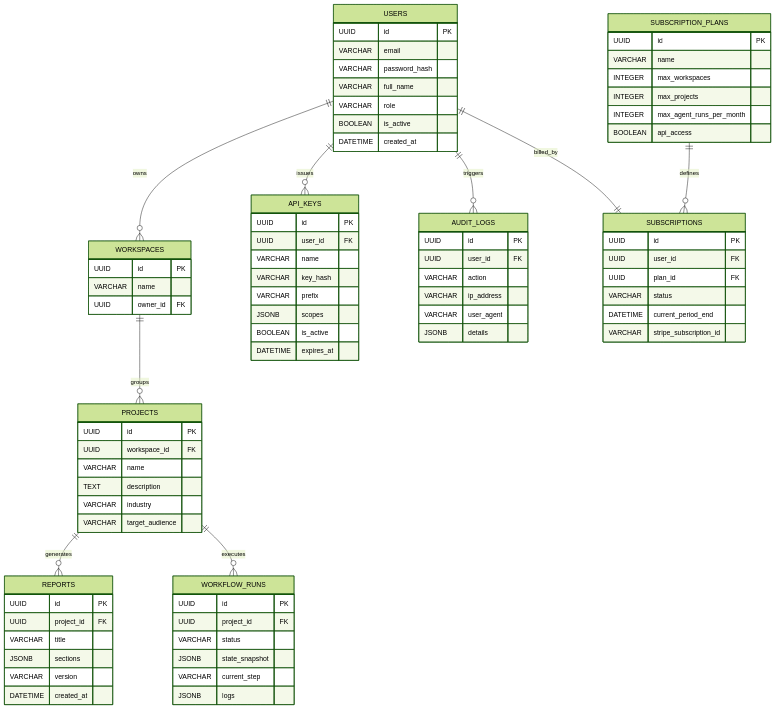
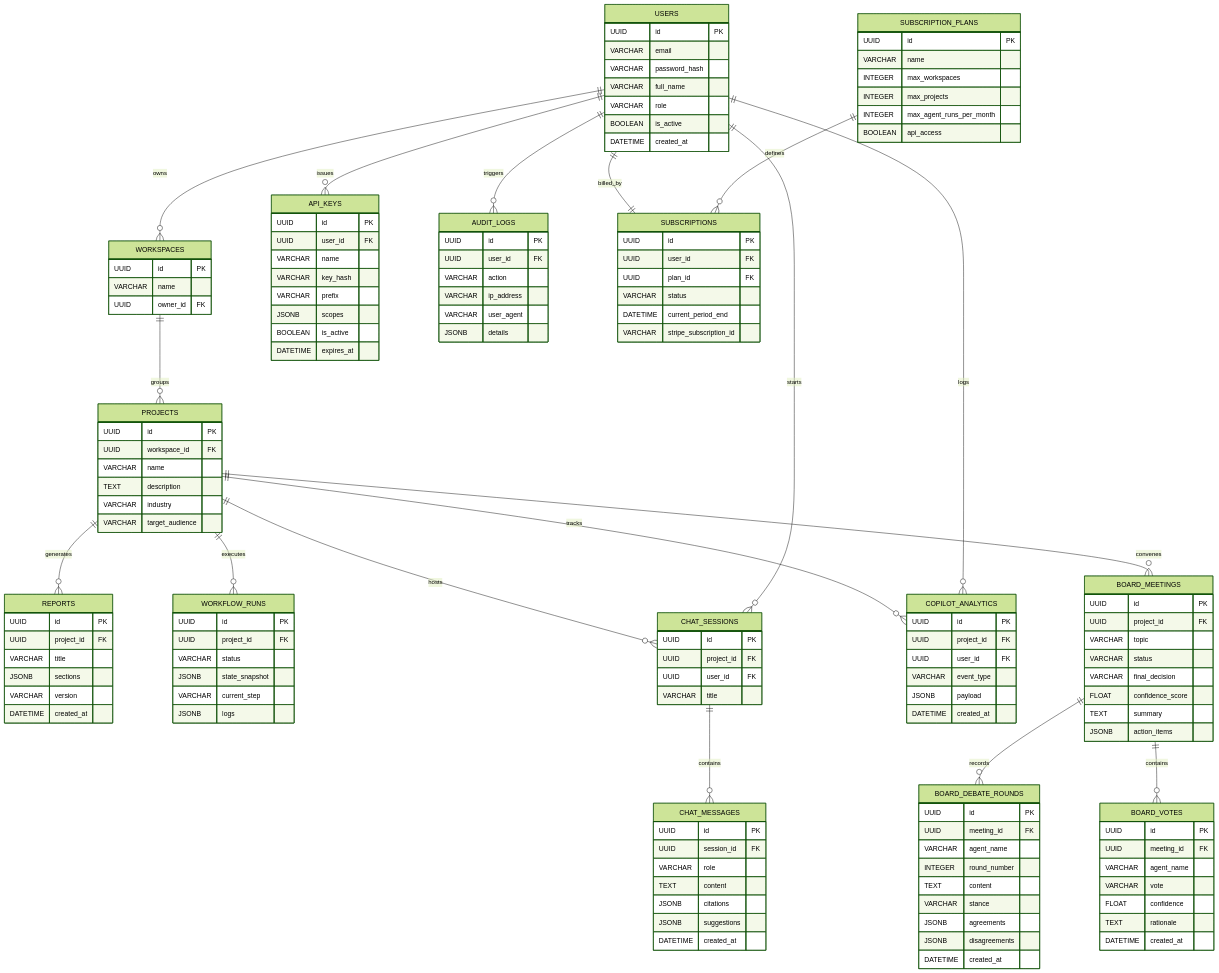
One commit to vinayiet/AI-Startup-Co-Founder-SaaS-Platform changed the second of 3 diagrams in README.md. Above: the diagram before and after it, drawn with Mermaid (forest theme). The commit also changed other lines of this file and 11 other files, not shown here.

````diff
--- a/README.md
+++ b/README.md
@@ -70,6 +73,14 @@
     WORKSPACES ||--o{ PROJECTS : groups
     PROJECTS ||--o{ REPORTS : generates
     PROJECTS ||--o{ WORKFLOW_RUNS : executes
+    PROJECTS ||--o{ CHAT_SESSIONS : hosts
+    PROJECTS ||--o{ COPILOT_ANALYTICS : tracks
+    USERS ||--o{ CHAT_SESSIONS : starts
+    USERS ||--o{ COPILOT_ANALYTICS : logs
+    CHAT_SESSIONS ||--o{ CHAT_MESSAGES : contains
+    PROJECTS ||--o{ BOARD_MEETINGS : convenes
+    BOARD_MEETINGS ||--o{ BOARD_DEBATE_ROUNDS : records
+    BOARD_MEETINGS ||--o{ BOARD_VOTES : contains
 
     USERS {
         UUID id PK
@@ -151,4 +162,63 @@
         VARCHAR user_agent
         JSONB details
     }
+
+    CHAT_SESSIONS {
+        UUID id PK
+        UUID project_id FK
+        UUID user_id FK
+        VARCHAR title
+    }
+
+    CHAT_MESSAGES {
+        UUID id PK
+        UUID session_id FK
+        VARCHAR role
+        TEXT content
+        JSONB citations
+        JSONB suggestions
+        DATETIME created_at
+    }
+
+    COPILOT_ANALYTICS {
+        UUID id PK
+        UUID project_id FK
+        UUID user_id FK
+        VARCHAR event_type
+        JSONB payload
+        DATETIME created_at
+    }
+
+    BOARD_MEETINGS {
+        UUID id PK
+        UUID project_id FK
+        VARCHAR topic
+        VARCHAR status
+        VARCHAR final_decision
+        FLOAT confidence_score
+        TEXT summary
+        JSONB action_items
+    }
+
+    BOARD_DEBATE_ROUNDS {
+        UUID id PK
+        UUID meeting_id FK
+        VARCHAR agent_name
+        INTEGER round_number
+        TEXT content
+        VARCHAR stance
+        JSONB agreements
+        JSONB disagreements
+        DATETIME created_at
+    }
+
+    BOARD_VOTES {
+        UUID id PK
+        UUID meeting_id FK
+        VARCHAR agent_name
+        VARCHAR vote
+        FLOAT confidence
+        TEXT rationale
+        DATETIME created_at
+    }
 ```
````
